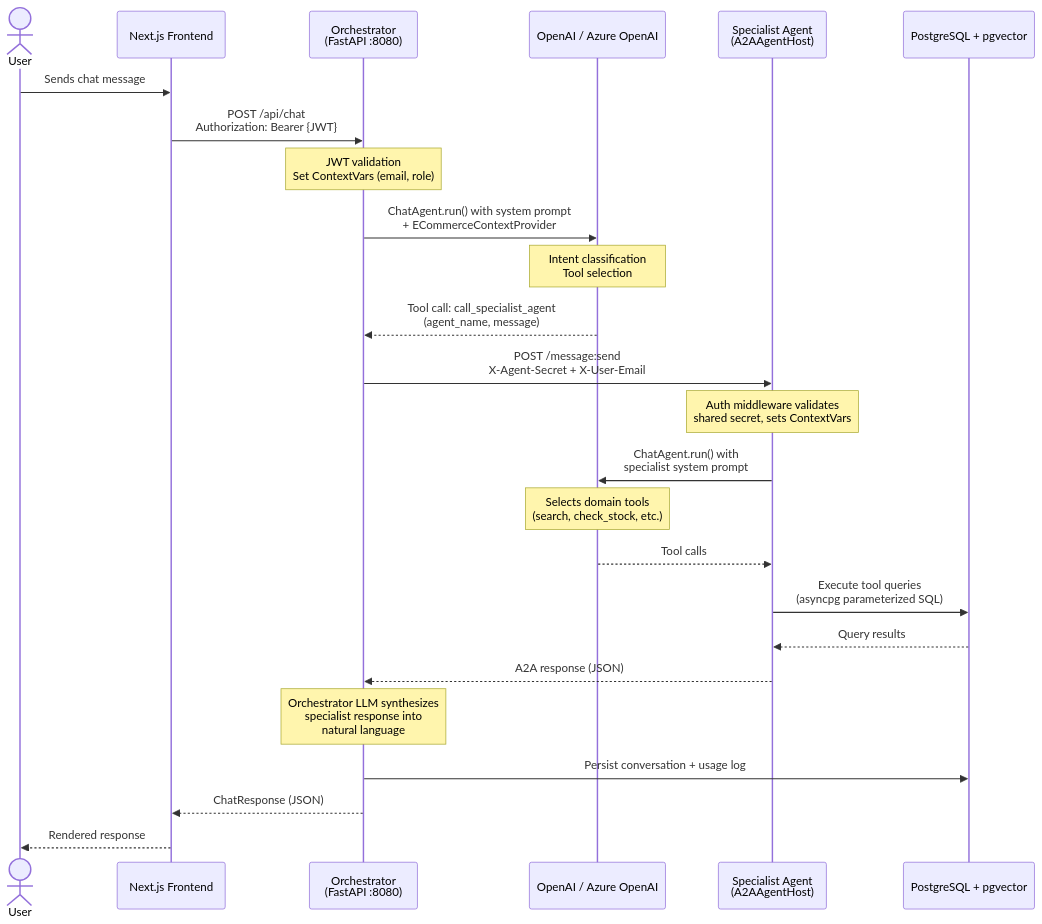
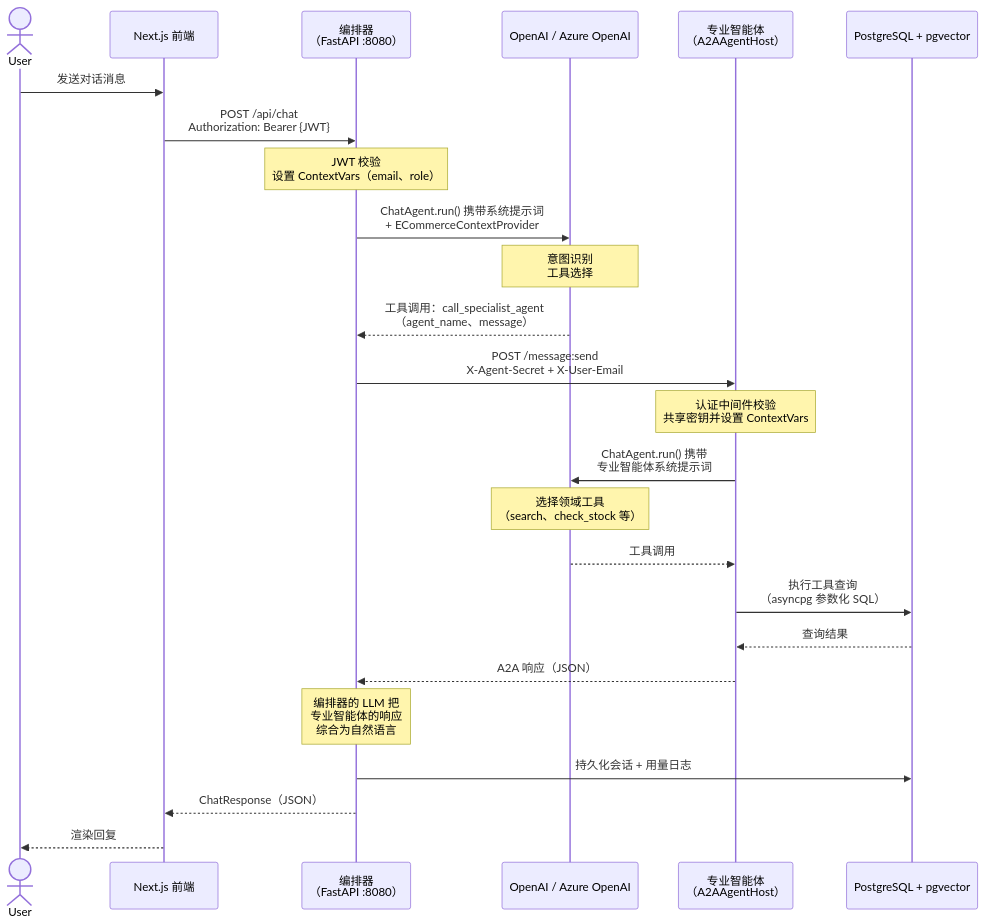
The second of 7 diagrams in docs/architecture.md (s1encisi/reliable-commerce-agents), drawn with Mermaid before and after one commit. The commit also changed other lines of this file and 1033 other files, not shown here.

````diff
--- a/docs/architecture.md
+++ b/docs/architecture.md
@@ -98,37 +98,37 @@
 ```mermaid
 sequenceDiagram
     actor User
-    participant FE as Next.js Frontend
-    participant ORCH as Orchestrator<br/>(FastAPI :8080)
+    participant FE as Next.js 前端
+    participant ORCH as 编排器<br/>（FastAPI :8080）
     participant LLM as OpenAI / Azure OpenAI
-    participant AGENT as Specialist Agent<br/>(A2AAgentHost)
+    participant AGENT as 专业智能体<br/>（A2AAgentHost）
     participant DB as PostgreSQL + pgvector
 
-    User->>FE: Sends chat message
+    User->>FE: 发送对话消息
     FE->>ORCH: POST /api/chat<br/>Authorization: Bearer {JWT}
 
-    Note over ORCH: JWT validation<br/>Set ContextVars (email, role)
+    Note over ORCH: JWT 校验<br/>设置 ContextVars（email、role）
 
-    ORCH->>LLM: ChatAgent.run() with system prompt<br/>+ ECommerceContextProvider
-    Note over LLM: Intent classification<br/>Tool selection
+    ORCH->>LLM: ChatAgent.run() 携带系统提示词<br/>+ ECommerceContextProvider
+    Note over LLM: 意图识别<br/>工具选择
 
-    LLM-->>ORCH: Tool call: call_specialist_agent<br/>(agent_name, message)
+    LLM-->>ORCH: 工具调用：call_specialist_agent<br/>（agent_name、message）
 
     ORCH->>AGENT: POST /message:send<br/>X-Agent-Secret + X-User-Email
-    Note over AGENT: Auth middleware validates<br/>shared secret, sets ContextVars
+    Note over AGENT: 认证中间件校验<br/>共享密钥并设置 ContextVars
 
-    AGENT->>LLM: ChatAgent.run() with<br/>specialist system prompt
-    Note over LLM: Selects domain tools<br/>(search, check_stock, etc.)
-    LLM-->>AGENT: Tool calls
+    AGENT->>LLM: ChatAgent.run() 携带<br/>专业智能体系统提示词
+    Note over LLM: 选择领域工具<br/>（search、check_stock 等）
+    LLM-->>AGENT: 工具调用
 
-    AGENT->>DB: Execute tool queries<br/>(asyncpg parameterized SQL)
-    DB-->>AGENT: Query results
+    AGENT->>DB: 执行工具查询<br/>（asyncpg 参数化 SQL）
+    DB-->>AGENT: 查询结果
 
-    AGENT-->>ORCH: A2A response (JSON)
+    AGENT-->>ORCH: A2A 响应（JSON）
 
-    Note over ORCH: Orchestrator LLM synthesizes<br/>specialist response into<br/>natural language
+    Note over ORCH: 编排器的 LLM 把<br/>专业智能体的响应<br/>综合为自然语言
 
-    ORCH->>DB: Persist conversation + usage log
-    ORCH-->>FE: ChatResponse (JSON)
-    FE-->>User: Rendered response
+    ORCH->>DB: 持久化会话 + 用量日志
+    ORCH-->>FE: ChatResponse（JSON）
+    FE-->>User: 渲染回复
 ```
````
